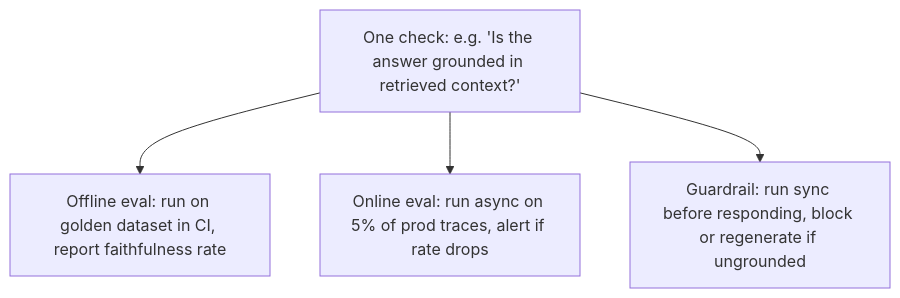
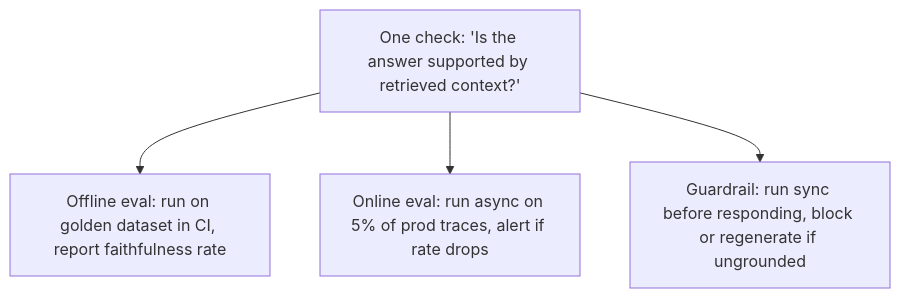
The second of 3 diagrams in research/00-foundations/01-why-evals-and-guardrails.md (Sarangk90/awesome-agent-evals-and-guardrails), drawn with Mermaid before and after one commit. The commit also changed other lines of this file and 5 other files, not shown here.

````diff
--- a/research/00-foundations/01-why-evals-and-guardrails.md
+++ b/research/00-foundations/01-why-evals-and-guardrails.md
@@ -118,7 +128,7 @@
 ```mermaid
 flowchart TD
-    C["One check: e.g. 'Is the answer grounded in retrieved context?'"]
+    C["One check: 'Is the answer supported by retrieved context?'"]
     C --> O["Offline eval: run on golden dataset in CI, report faithfulness rate"]
     C --> M["Online eval: run async on 5% of prod traces, alert if rate drops"]
     C --> G["Guardrail: run sync before responding, block or regenerate if ungrounded"]
 ```
````
